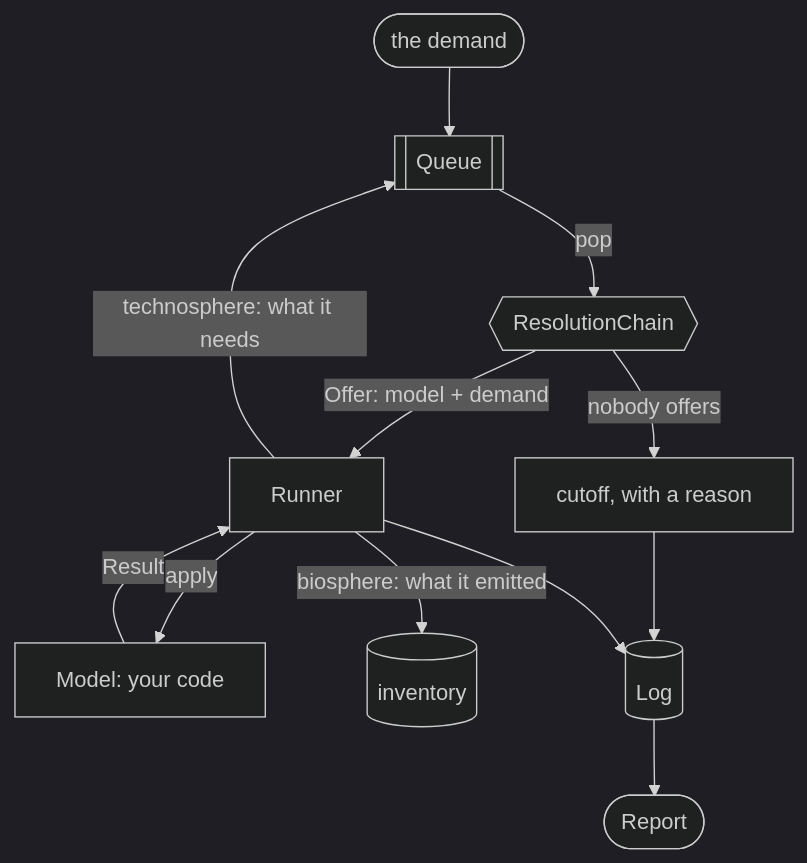
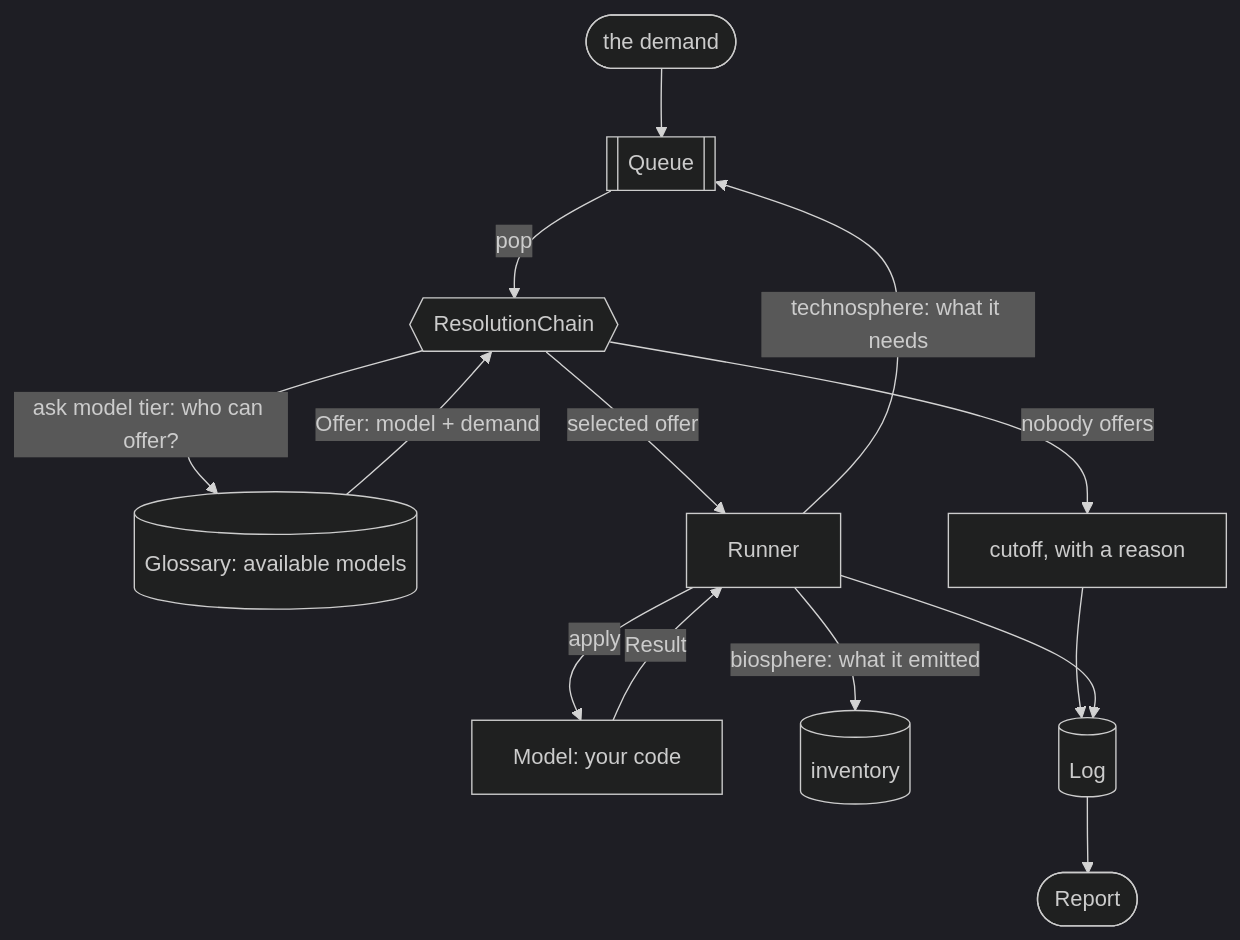
One commit to TimoDiepers/trailrunner changed the diagram in README.md. Above: the diagram before and after it, drawn with Mermaid (dark theme). The commit also changed 2 other files, not shown here.

Commit message:
Apply remaining changes

````diff
--- a/README.md
+++ b/README.md
@@ -12,14 +12,16 @@
 ```mermaid
 flowchart TB
     D([the demand]) --> Q[[Queue]]
     Q -->|pop| C{{ResolutionChain}}
+    C -->|ask model tier: who can offer?| G[(Glossary: available models)]
+    G -->|Offer: model + demand| C
     C -->|nobody offers| X[cutoff, with a reason]
-    C -->|Offer: model + demand| R[Runner]
+    C -->|selected offer| R[Runner]
     R -->|apply| M[Model: your code]
     M -->|Result| R
     R -->|technosphere: what it needs| Q
     R -->|biosphere: what it emitted| I[(inventory)]
     X --> L[(Log)]
     R --> L
     L --> P([Report])
 ```
````
